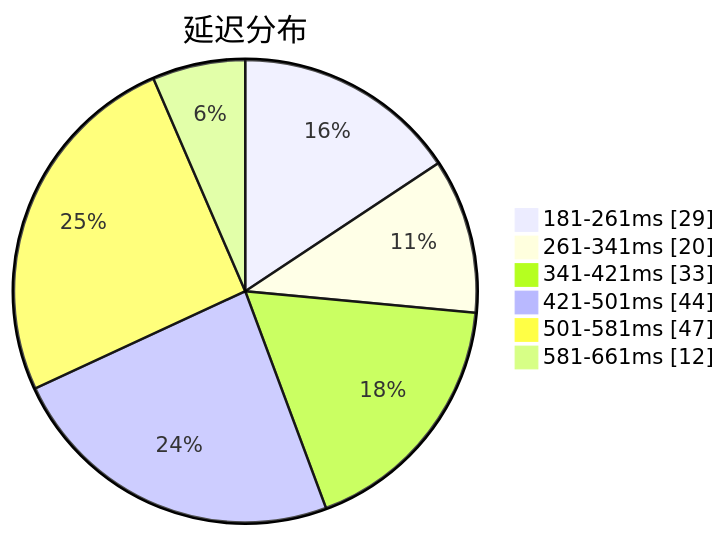
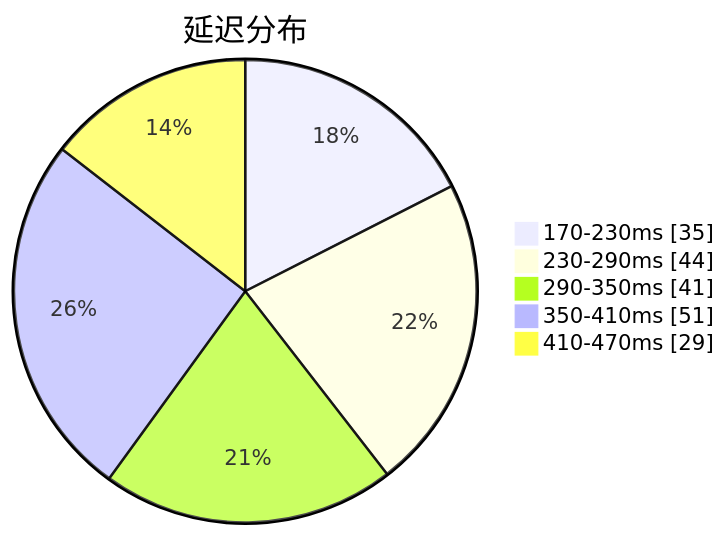
The first of 3 diagrams in subs/statistics/tested_within.md (qjlxg/airport), drawn with Mermaid before and after one commit. The commit also changed other lines of this file and 2 other files, not shown here.

````diff
--- a/subs/statistics/tested_within.md
+++ b/subs/statistics/tested_within.md
@@ -2,10 +2,9 @@
 ```mermaid
 pie showData
 title 延迟分布
-"181-261ms" : 29
-"261-341ms" : 20
-"341-421ms" : 33
-"421-501ms" : 44
-"501-581ms" : 47
-"581-661ms" : 12
+"170-230ms" : 35
+"230-290ms" : 44
+"290-350ms" : 41
+"350-410ms" : 51
+"410-470ms" : 29
 ```
````
